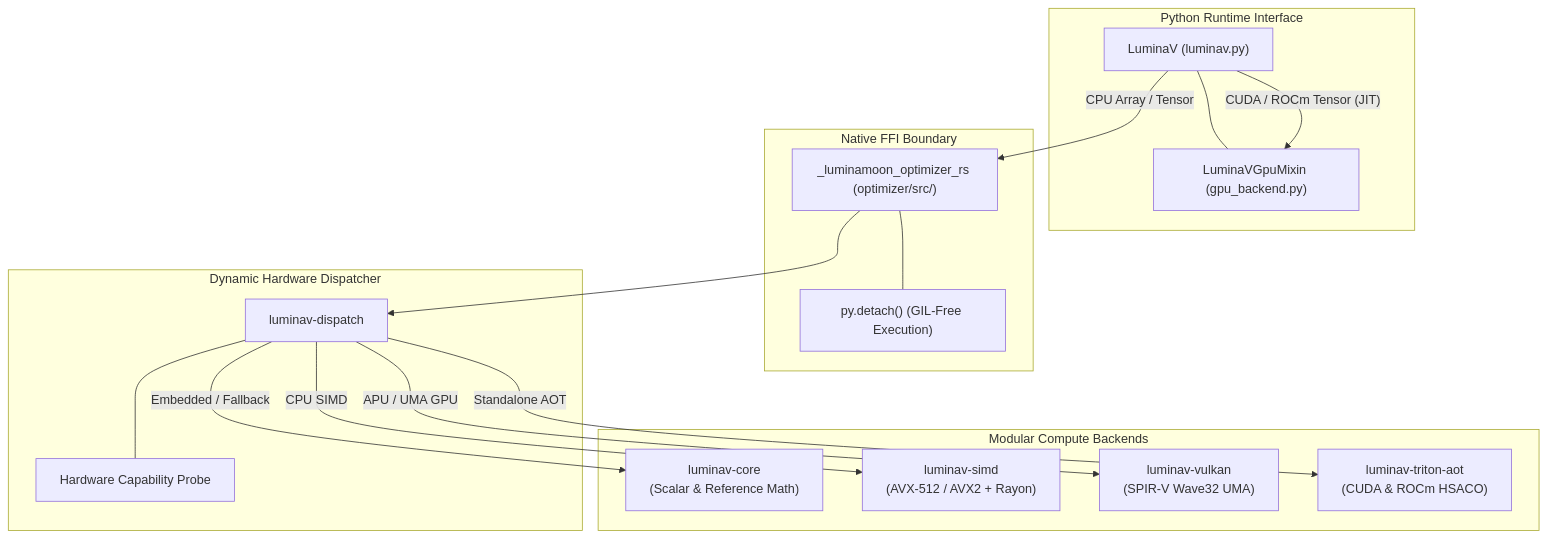
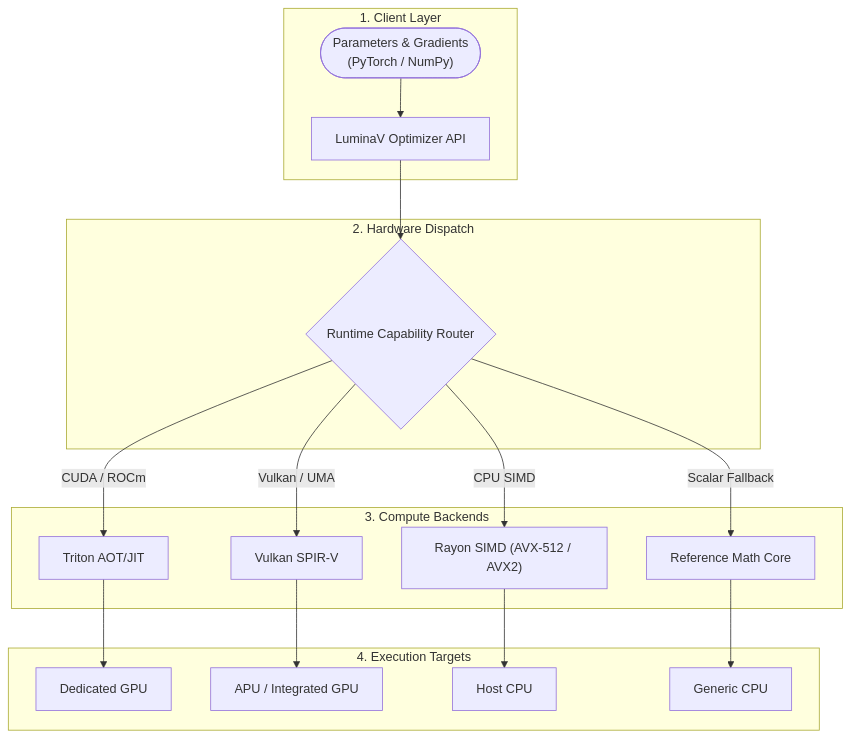
One commit to cloverx-id/luminamoon changed the diagram in docs/optimize/README.md. Above: the diagram before and after it, drawn with Mermaid. The commit also changed 33 other files, not shown here.

Commit message:
change diagram style

````diff
--- a/docs/optimize/README.md
+++ b/docs/optimize/README.md
@@ -13,35 +13,24 @@
 ```mermaid
 flowchart TD
-    subgraph PythonLayer["Python Runtime Interface"]
-        API["LuminaV (luminav.py)"]
-        GpuMixin["LuminaVGpuMixin (gpu_backend.py)"]
-        API --- GpuMixin
+    subgraph Input["1. Client Layer"]
+        Params(["Parameters & Gradients\n(PyTorch / NumPy)"]) --> API["LuminaV Optimizer API"]
     end
 
-    subgraph FFILayer["Native FFI Boundary"]
-        PyO3Bridge["_luminamoon_optimizer_rs (optimizer/src/)"]
-        GILControl["py.detach() (GIL-Free Execution)"]
-        PyO3Bridge --- GILControl
+    subgraph Dispatch["2. Hardware Dispatch"]
+        API --> Dispatcher{"Runtime Capability Router"}
     end
 
-    subgraph DispatchLayer["Dynamic Hardware Dispatcher"]
-        Dispatch["luminav-dispatch"]
-        Detector["Hardware Capability Probe"]
-        Dispatch --- Detector
+    subgraph Backends["3. Compute Backends"]
+        Dispatcher -->|"CUDA / ROCm"| Triton["Triton AOT/JIT"]
+        Dispatcher -->|"Vulkan / UMA"| Vulkan["Vulkan SPIR-V"]
+        Dispatcher -->|"CPU SIMD"| SIMD["Rayon SIMD (AVX-512 / AVX2)"]
+        Dispatcher -->|"Scalar Fallback"| Scalar["Reference Math Core"]
     end
 
-    subgraph ComputeEngines["Modular Compute Backends"]
-        Core["luminav-core<br/>(Scalar & Reference Math)"]
-        SIMD["luminav-simd<br/>(AVX-512 / AVX2 + Rayon)"]
-        Vulkan["luminav-vulkan<br/>(SPIR-V Wave32 UMA)"]
-        TritonAOT["luminav-triton-aot<br/>(CUDA & ROCm HSACO)"]
+    subgraph Targets["4. Execution Targets"]
+        Triton --> DevGPU["Dedicated GPU"]
+        Vulkan --> DevUMA["APU / Integrated GPU"]
+        SIMD --> DevCPU["Host CPU"]
+        Scalar --> DevGeneric["Generic CPU"]
     end
-
-    API -->|"CPU Array / Tensor"| PyO3Bridge
-    API -->|"CUDA / ROCm Tensor (JIT)"| GpuMixin
-    PyO3Bridge --> Dispatch
-    Dispatch -->|"CPU SIMD"| SIMD
-    Dispatch -->|"APU / UMA GPU"| Vulkan
-    Dispatch -->|"Embedded / Fallback"| Core
-    Dispatch -->|"Standalone AOT"| TritonAOT
 ```
````
